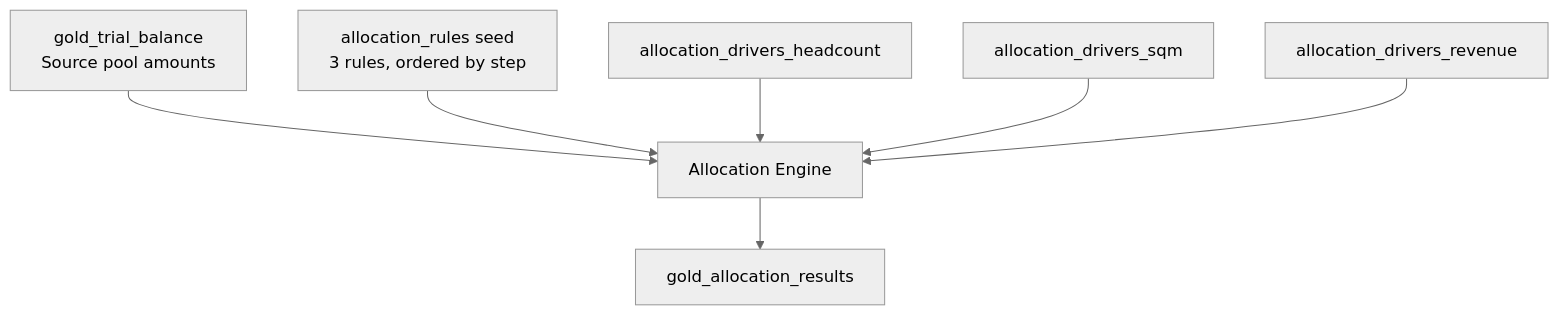
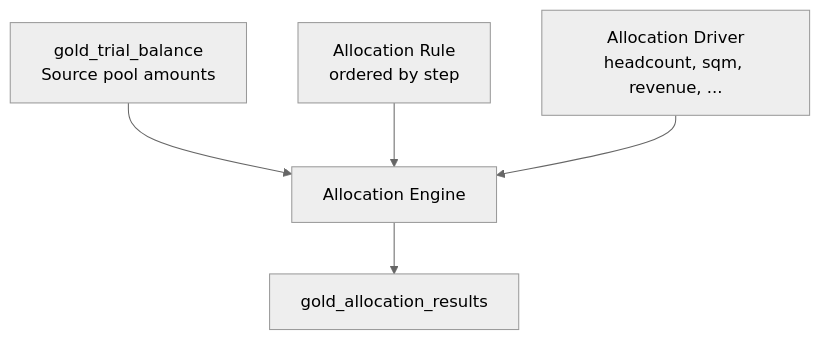
Before and after one commit to grynn-in/konsolidat: the diagram in docs/user-guide/allocation-guide.md, drawn with Mermaid (neutral theme). The commit also changed other lines of this file and 46 other files, not shown here.

````diff
--- a/docs/user-guide/allocation-guide.md
+++ b/docs/user-guide/allocation-guide.md
@@ -7,9 +7,7 @@
 ```mermaid
 graph TD
     TB[gold_trial_balance<br/>Source pool amounts] --> ALLOC[Allocation Engine]
-    RULES[allocation_rules seed<br/>3 rules, ordered by step] --> ALLOC
-    DH[allocation_drivers_headcount] --> ALLOC
-    DS[allocation_drivers_sqm] --> ALLOC
-    DR[allocation_drivers_revenue] --> ALLOC
+    RULES[Allocation Rule<br/>ordered by step] --> ALLOC
+    DRV[Allocation Driver<br/>headcount, sqm, revenue, ...] --> ALLOC
     ALLOC --> RESULTS[gold_allocation_results]
 ```
````
